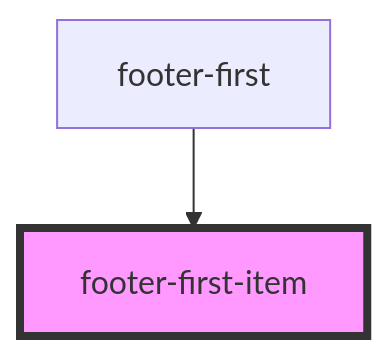
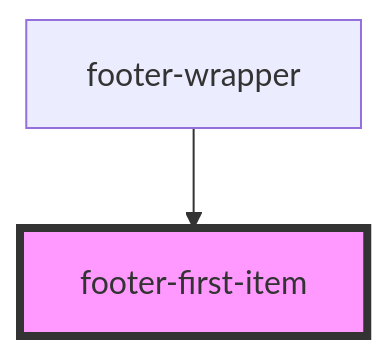
Before and after one commit to saqhan/stencil: the diagram in src/components/res/view/s-saqhan-app-footer/res/view/footer-wrapper/res/view/footer-first-item/readme.md, drawn with Mermaid. The commit also changed other lines of this file and 26 other files, not shown here.

````diff
--- a/src/components/res/view/s-saqhan-app-footer/res/view/footer-wrapper/res/view/footer-first-item/readme.md
+++ b/src/components/res/view/s-saqhan-app-footer/res/view/footer-wrapper/res/view/footer-first-item/readme.md
@@ -29,5 +29,5 @@
 ```mermaid
 graph TD;
-  footer-first --> footer-first-item
+  footer-wrapper --> footer-first-item
   style footer-first-item fill:#f9f,stroke:#333,stroke-width:4px
 ```
````
